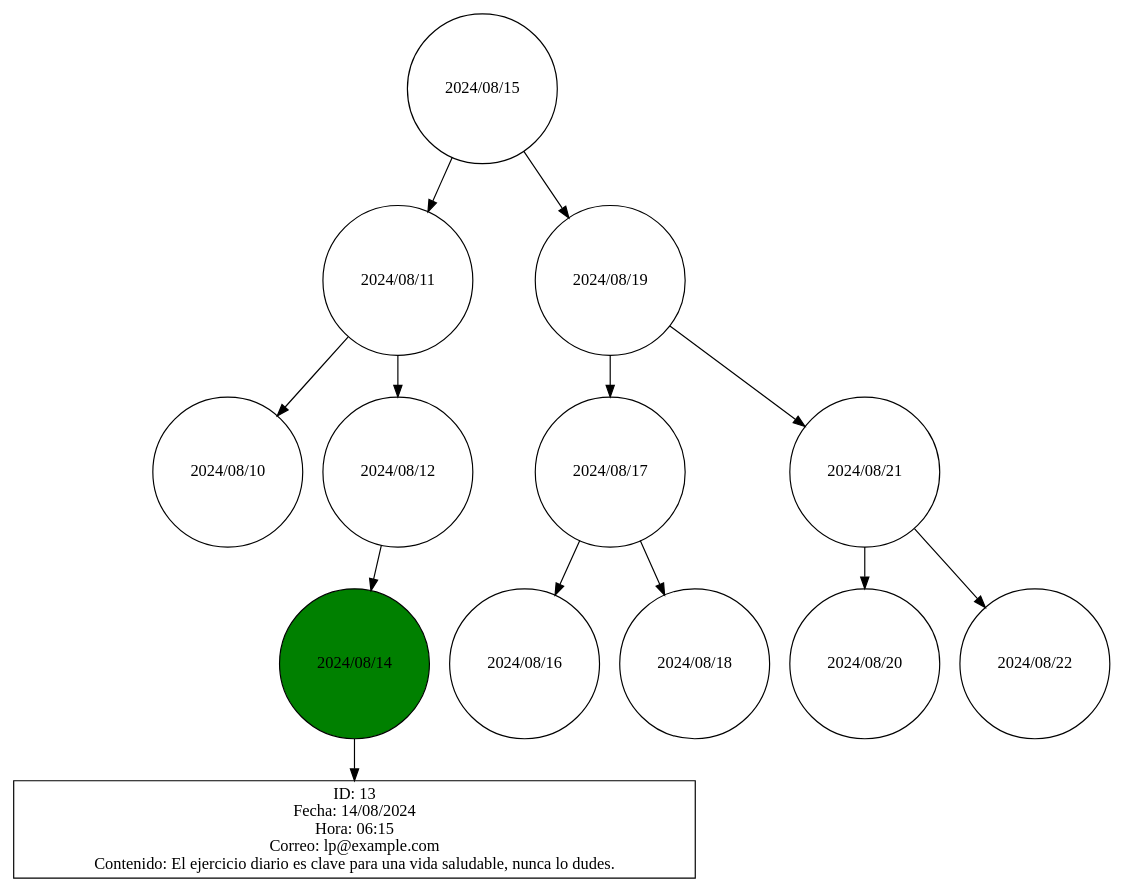
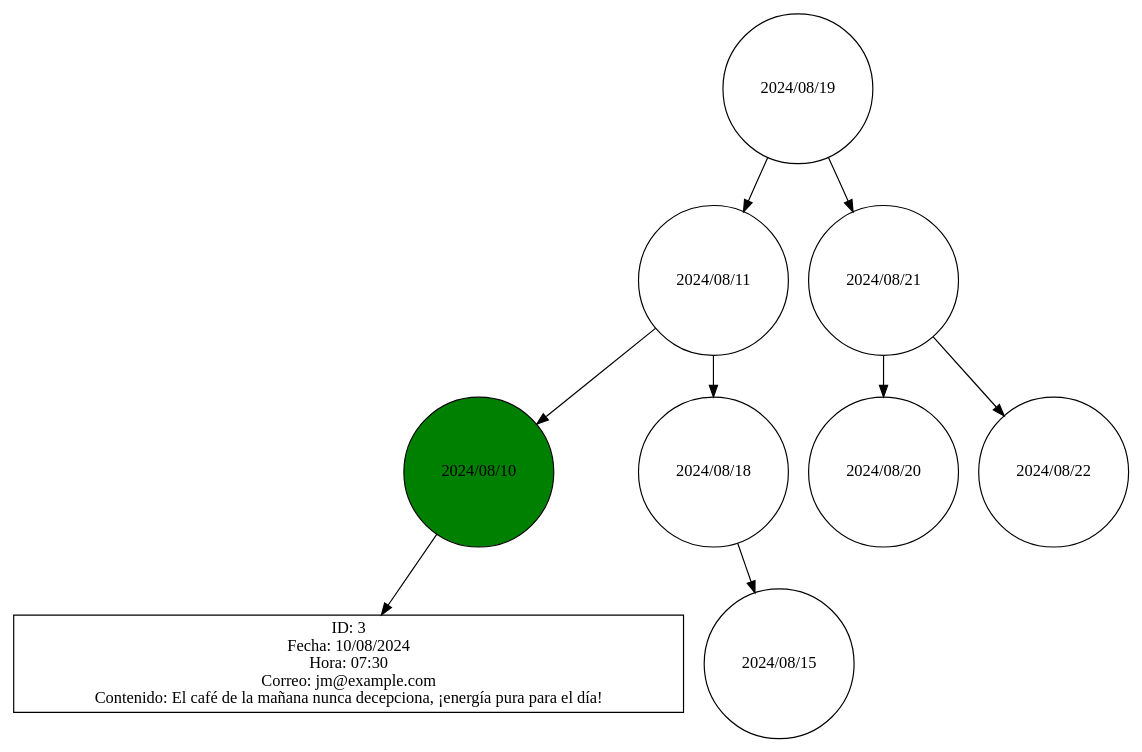
Before and after one commit to Kevin-alvarez1/PROYECTO_MULTIFASES_RED_SOCIAL: the diagram in Fase3/main/build/Desktop_Qt_6_7_2_MinGW_64_bit-Debug/ArbolBB.dot, drawn with Graphviz. The commit also changed 353 other files, not shown here.

```diff
--- a/Fase3/main/build/Desktop_Qt_6_7_2_MinGW_64_bit-Debug/ArbolBB.dot
+++ b/Fase3/main/build/Desktop_Qt_6_7_2_MinGW_64_bit-Debug/ArbolBB.dot
@@ -1,17 +1,13 @@
 digraph BSTTree {
 node [shape=circle];
-"2024/08/15" -> "2024/08/11";
+"2024/08/19" -> "2024/08/11";
 "2024/08/11" -> "2024/08/10";
-"2024/08/11" -> "2024/08/12";
-"2024/08/12" -> "2024/08/14";
-"2024/08/14" [style=filled, fillcolor=green];
-"pub_13" [shape=rectangle, label="ID: 13\nFecha: 14/08/2024\nHora: 06:15\nCorreo: lp@example.com\nContenido: El ejercicio diario es clave para una vida saludable, nunca lo dudes."];
-"2024/08/14" -> "pub_13";
-"2024/08/15" -> "2024/08/19";
-"2024/08/19" -> "2024/08/17";
-"2024/08/17" -> "2024/08/16";
-"2024/08/17" -> "2024/08/18";
+"2024/08/10" [style=filled, fillcolor=green];
+"pub_3" [shape=rectangle, label="ID: 3\nFecha: 10/08/2024\nHora: 07:30\nCorreo: jm@example.com\nContenido: El café de la mañana nunca decepciona, ¡energía pura para el día!"];
+"2024/08/10" -> "pub_3";
+"2024/08/11" -> "2024/08/18";
+"2024/08/18" -> "2024/08/15";
 "2024/08/19" -> "2024/08/21";
 "2024/08/21" -> "2024/08/20";
 "2024/08/21" -> "2024/08/22";
 }
```
